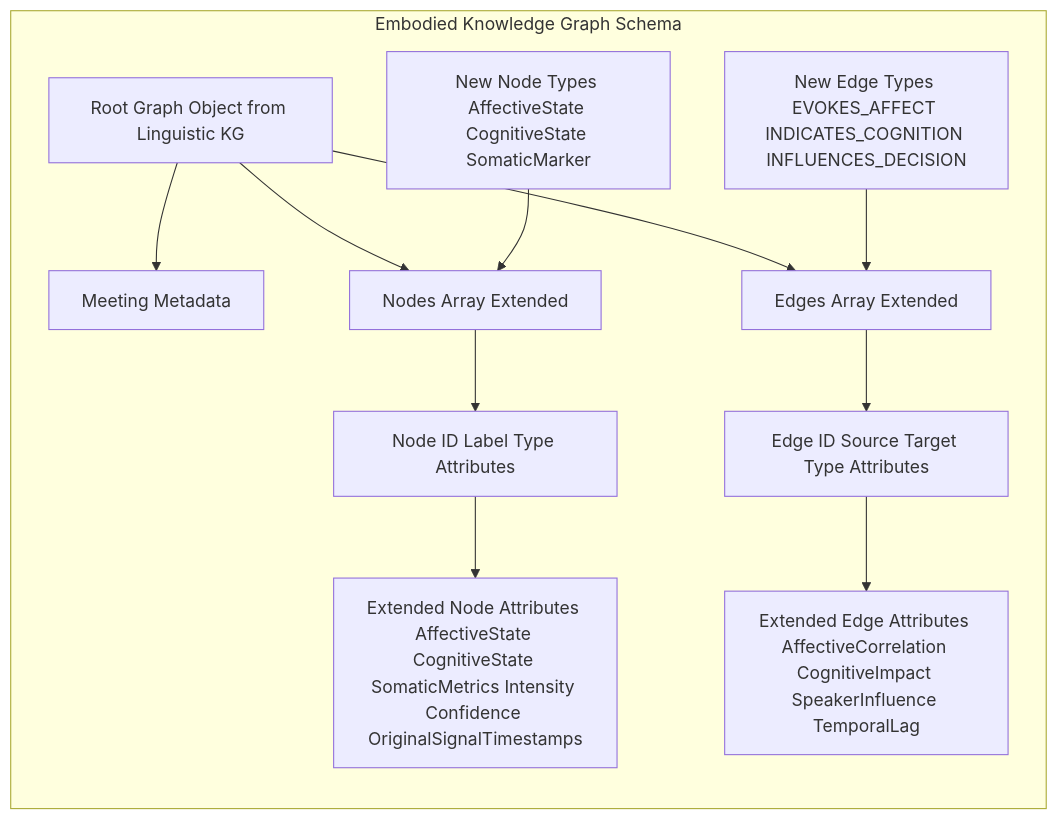
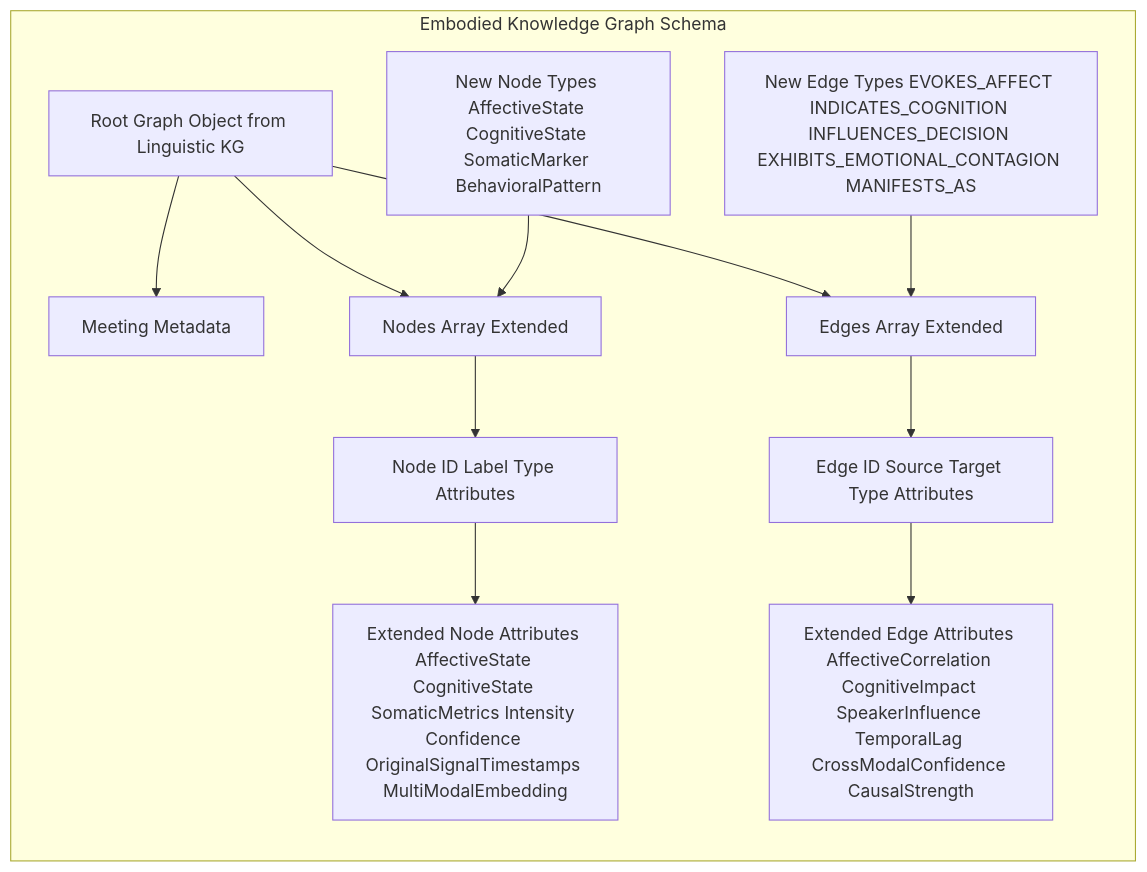
One commit to diplomat-bit/Citibank_Demo_Business_Inc_Demonstration- changed the sixth of 9 diagrams in inventions/inventions/012_holographic_meeting_scribe/014_multimodal_somatic_cognitive_graph_integration.md. Above: the diagram before and after it, drawn with Mermaid. The commit also changed other lines of this file, not shown here.

Commit message:
[AI] Edit: inventions/inventions/012_holographic_meeting_scribe/014_multimodal_somatic_cognitive_graph_integration.md

````diff
--- a/inventions/inventions/012_holographic_meeting_scribe/014_multimodal_somatic_cognitive_graph_integration.md
+++ b/inventions/inventions/012_holographic_meeting_scribe/014_multimodal_somatic_cognitive_graph_integration.md
@@ -241,24 +420,24 @@
 ```mermaid
 graph LR
     subgraph Embodied Knowledge Graph Schema
         LKG_ROOT[Root Graph Object from Linguistic KG]
-        NODE_TYPES_ADD[New Node Types AffectiveState CognitiveState SomaticMarker];
-        EDGE_TYPES_ADD[New Edge Types EVOKES_AFFECT INDICATES_COGNITION INFLUENCES_DECISION];
+        NODE_TYPES_ADD[New Node Types AffectiveState CognitiveState SomaticMarker BehavioralPattern];
+        EDGE_TYPES_ADD[New Edge Types EVOKES_AFFECT INDICATES_COGNITION INFLUENCES_DECISION EXHIBITS_EMOTIONAL_CONTAGION MANIFESTS_AS];
 
-        NODE_ATTRIBUTES_EXT[Extended Node Attributes AffectiveState CognitiveState SomaticMetrics Intensity Confidence OriginalSignalTimestamps];
-        EDGE_ATTRIBUTES_EXT[Extended Edge Attributes AffectiveCorrelation CognitiveImpact SpeakerInfluence TemporalLag];
+        NODE_ATTRIBUTES_EXT[Extended Node Attributes AffectiveState CognitiveState SomaticMetrics Intensity Confidence OriginalSignalTimestamps MultiModalEmbedding];
+        EDGE_ATTRIBUTES_EXT[Extended Edge Attributes AffectiveCorrelation CognitiveImpact SpeakerInfluence TemporalLag CrossModalConfidence CausalStrength];
 
         LKG_ROOT --> METADATA[Meeting Metadata];
         LKG_ROOT --> NODES_ARRAY_EXT[Nodes Array Extended];
         LKG_ROOT --> EDGES_ARRAY_EXT[Edges Array Extended];
 
         NODE_TYPES_ADD --> NODES_ARRAY_EXT;
         EDGE_TYPES_ADD --> EDGES_ARRAY_EXT;
 
         NODES_ARRAY_EXT --> N1[Node ID Label Type Attributes];
         N1 --> NODE_ATTRIBUTES_EXT;
 
         EDGES_ARRAY_EXT --> E1[Edge ID Source Target Type Attributes];
         E1 --> EDGE_ATTRIBUTES_EXT;
     end
 ```
````
